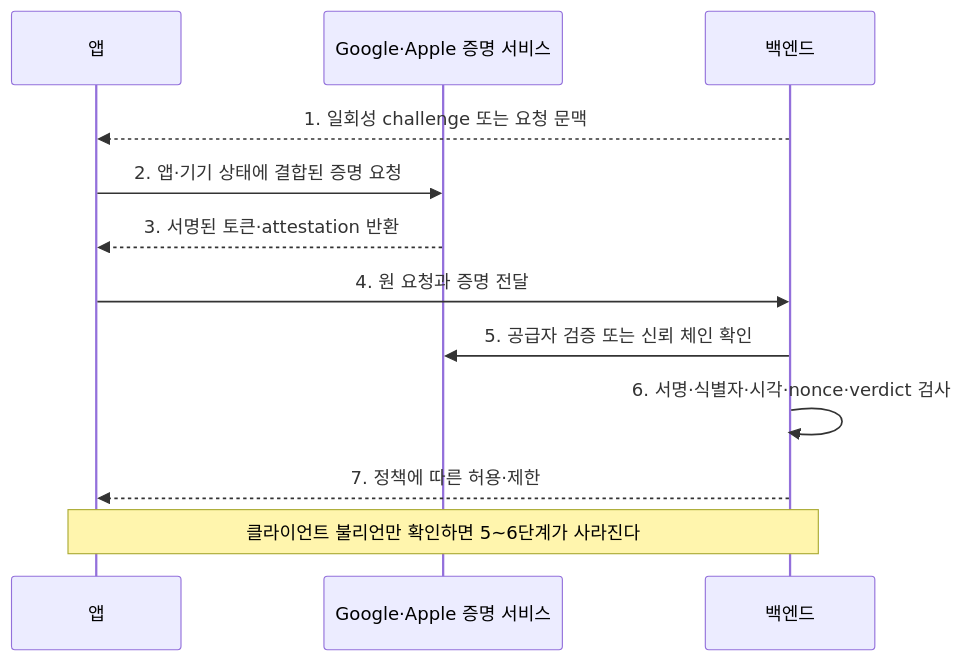
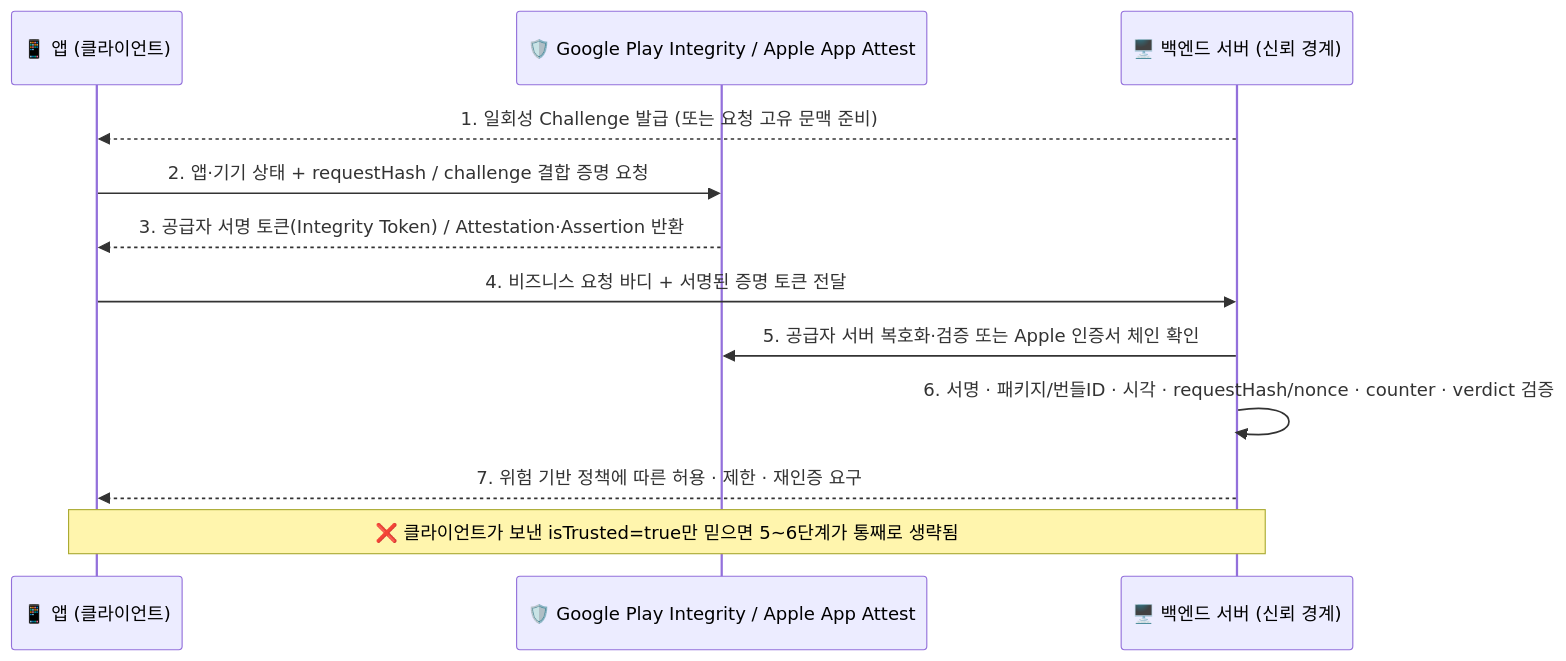
The diagram in content/모바일취약점/모바일 취약점 진단 — 기기 신뢰 공격(Device Attestation 우회).md (gooyong-sec/gooyong-sec.github.io), drawn with Mermaid before and after one commit. The commit also changed other lines of this file and 68 other files, not shown here.

````diff
--- a/content/모바일취약점/모바일 취약점 진단 — 기기 신뢰 공격(Device Attestation 우회).md
+++ b/content/모바일취약점/모바일 취약점 진단 — 기기 신뢰 공격(Device Attestation 우회).md
@@ -64,14 +18,14 @@
 ```mermaid
 sequenceDiagram
-    participant A as 앱
-    participant V as Google·Apple 증명 서비스
-    participant S as 백엔드
-    S-->>A: 1. 일회성 challenge 또는 요청 문맥
-    A->>V: 2. 앱·기기 상태에 결합된 증명 요청
-    V-->>A: 3. 서명된 토큰·attestation 반환
-    A->>S: 4. 원 요청과 증명 전달
-    S->>V: 5. 공급자 검증 또는 신뢰 체인 확인
-    S->>S: 6. 서명·식별자·시각·nonce·verdict 검사
-    S-->>A: 7. 정책에 따른 허용·제한
-    Note over A,S: 클라이언트 불리언만 확인하면 5~6단계가 사라진다
+    participant A as 📱 앱 (클라이언트)
+    participant V as 🛡️ Google Play Integrity / Apple App Attest
+    participant S as 🖥️ 백엔드 서버 (신뢰 경계)
+    S-->>A: 1. 일회성 Challenge 발급 (또는 요청 고유 문맥 준비)
+    A->>V: 2. 앱·기기 상태 + requestHash / challenge 결합 증명 요청
+    V-->>A: 3. 공급자 서명 토큰(Integrity Token) / Attestation·Assertion 반환
+    A->>S: 4. 비즈니스 요청 바디 + 서명된 증명 토큰 전달
+    S->>V: 5. 공급자 서버 복호화·검증 또는 Apple 인증서 체인 확인
+    S->>S: 6. 서명 · 패키지/번들ID · 시각 · requestHash/nonce · counter · verdict 검증
+    S-->>A: 7. 위험 기반 정책에 따른 허용 · 제한 · 재인증 요구
+    Note over A,S: ❌ 클라이언트가 보낸 isTrusted=true만 믿으면 5~6단계가 통째로 생략됨
 ```
````
